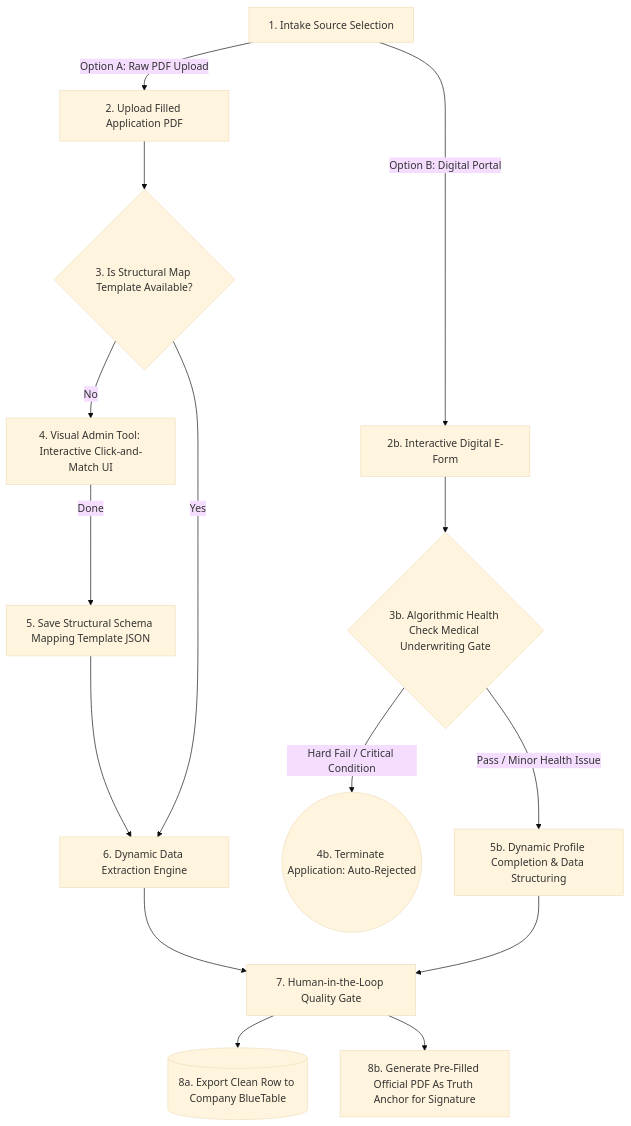
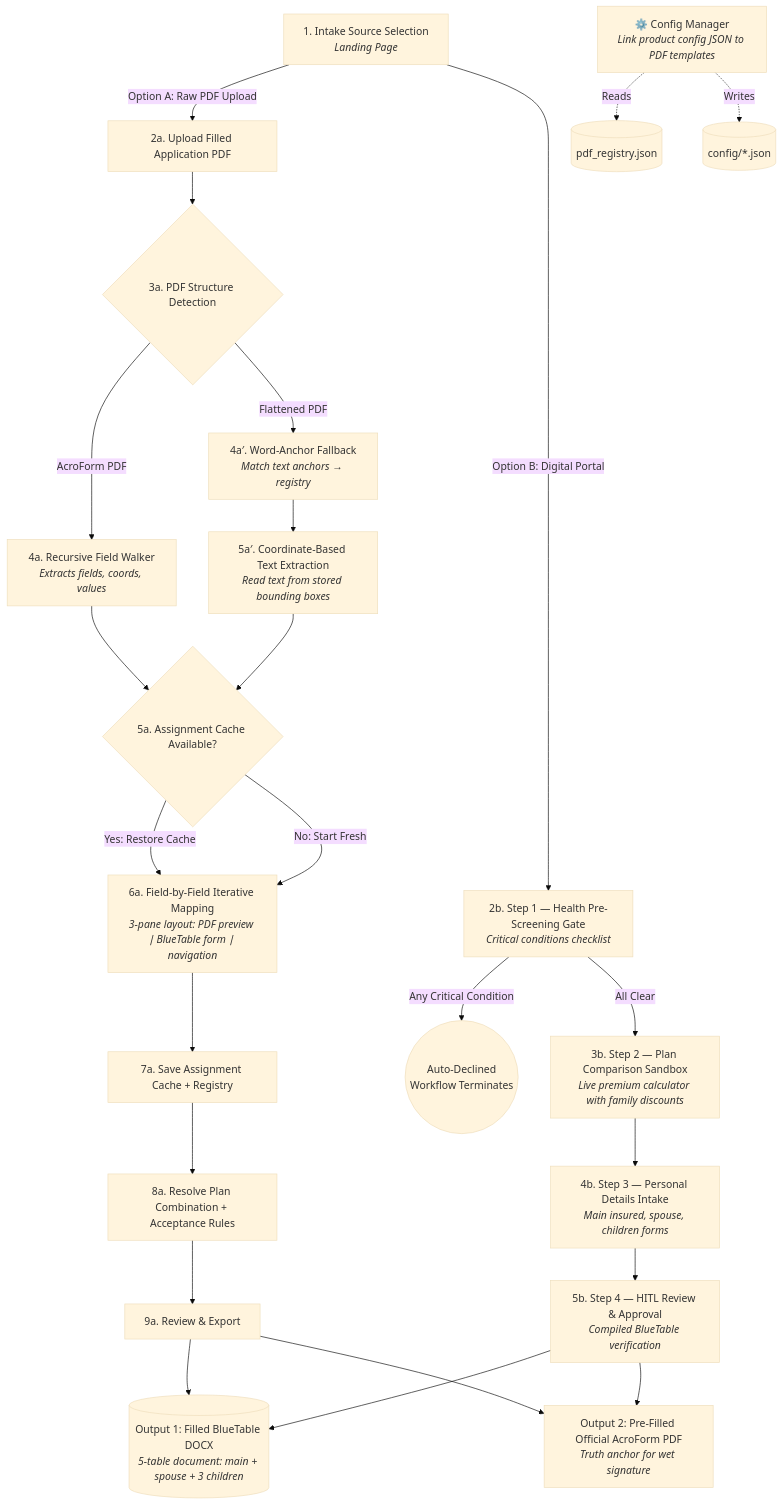
Before and after one commit to khemingkapat/app_to_bt: the diagram in README.md, drawn with Mermaid (base theme).

Commit message:
iterate mermaid

````diff
--- a/README.md
+++ b/README.md
@@ -13,30 +13,69 @@
 ```mermaid
 graph TD
-    sel[1. Intake Source Selection]
+    sel[1. Intake Source Selection<br><i>Landing Page</i>]
 
-    %% Path A: PDF Processing File Upload
-    sel -->|Option A: Raw PDF Upload| up[2. Upload Filled Application PDF]
-    up --> has_translated{3. Is Structural Map Template Available?}
+    %% ───────────────────────────────────────────
+    %% PATH A: PDF Processing File Upload
+    %% ───────────────────────────────────────────
+    sel -->|Option A: Raw PDF Upload| up[2a. Upload Filled Application PDF]
+    up --> pdf_type{3a. PDF Structure Detection}
 
-    %% Template Translation Engine
-    has_translated -->|No| trans_ui[4. Visual Admin Tool: Interactive Click-and-Match UI]
-    trans_ui -->|Done| save_trans[5. Save Structural Schema Mapping Template JSON]
-    save_trans --> extraction
+    %% AcroForm PDF (has interactive fields)
+    pdf_type -->|AcroForm PDF| walk[4a. Recursive Field Walker<br><i>Extracts fields, coords, values</i>]
 
-    %% Extraction
-    has_translated -->|Yes| extraction[6. Dynamic Data Extraction Engine]
-    extraction --> HITL[7. Human-in-the-Loop Quality Gate]
+    %% Flattened PDF (printed/scanned, no fields)
+    pdf_type -->|Flattened PDF| anchor[4a′. Word-Anchor Fallback<br><i>Match text anchors → registry</i>]
+    anchor --> coord_extract[5a′. Coordinate-Based Text Extraction<br><i>Read text from stored bounding boxes</i>]
+    coord_extract --> cache_check
 
-    %% Path B: E-Form Digital Portal (Upfront Gate)
-    sel -->|Option B: Digital Portal| eform[2b. Interactive Digital E-Form]
-    eform --> health_check{3b. Algorithmic Health Check Medical Underwriting Gate}
+    walk --> cache_check{5a. Assignment Cache Available?}
 
-    %% E-Form Branch Decisions
-    health_check -->|Hard Fail / Critical Condition| rejected((4b. Terminate Application: Auto-Rejected))
-    health_check -->|Pass / Minor Health Issue| personal_info[5b. Dynamic Profile Completion & Data Structuring]
-    personal_info --> HITL
+    %% Cache hit: restore previous mappings
+    cache_check -->|Yes: Restore Cache| field_iter
+    cache_check -->|No: Start Fresh| field_iter
 
-    %% System Convergence & Outputs
-    HITL --> BT[(8a. Export Clean Row to Company BlueTable)]
-    HITL --> app[8b. Generate Pre-Filled Official PDF As Truth Anchor for Signature]
+    %% Field-by-field mapping UI
+    field_iter[6a. Field-by-Field Iterative Mapping<br><i>3-pane layout: PDF preview ∣ BlueTable form ∣ navigation</i>]
+    field_iter --> save_cache[7a. Save Assignment Cache + Registry]
+
+    %% ⚠️ TODO: Visual click-and-match canvas for unknown PDFs
+    %% trans_ui[Visual Admin Tool: Interactive Click-and-Match UI]
+    %% Status: NOT YET IMPLEMENTED — currently all mapping is field-by-field
+
+    save_cache --> resolve_a[8a. Resolve Plan Combination + Acceptance Rules]
+    resolve_a --> HITL_A[9a. Review & Export]
+
+    %% ───────────────────────────────────────────
+    %% PATH B: Digital E-Form Portal (4-Step Wizard)
+    %% ───────────────────────────────────────────
+    sel -->|Option B: Digital Portal| step1[2b. Step 1 — Health Pre-Screening Gate<br><i>Critical conditions checklist</i>]
+
+    step1 -->|Any Critical Condition| rejected((Auto-Declined<br>Workflow Terminates))
+    step1 -->|All Clear| step2[3b. Step 2 — Plan Comparison Sandbox<br><i>Live premium calculator with family discounts</i>]
+
+    step2 --> step3[4b. Step 3 — Personal Details Intake<br><i>Main insured, spouse, children forms</i>]
+
+    step3 --> step4[5b. Step 4 — HITL Review & Approval<br><i>Compiled BlueTable verification</i>]
+
+    %% ───────────────────────────────────────────
+    %% CONVERGENCE: Both pathways produce dual outputs
+    %% ───────────────────────────────────────────
+    HITL_A --> BT
+    step4 --> BT
+
+    BT[(Output 1: Filled BlueTable DOCX<br><i>5-table document: main + spouse + 3 children</i>)]
+    PDF_OUT[Output 2: Pre-Filled Official AcroForm PDF<br><i>Truth anchor for wet signature</i>]
+
+    HITL_A --> PDF_OUT
+    step4 --> PDF_OUT
+
+    %% ───────────────────────────────────────────
+    %% ADMIN TOOLS (separate from main pipelines)
+    %% ───────────────────────────────────────────
+    cfg[⚙️ Config Manager<br><i>Link product config JSON to PDF templates</i>]
+    cfg -.->|Reads| registry[(pdf_registry.json)]
+    cfg -.->|Writes| config_dir[(config/*.json)]
+
+    %% 🔲 TODO: Central Admin Verification Queue Dashboard (Phase 5)
+    %% queue[Admin Queue: Review pending submissions from both pathways]
 ```
````
